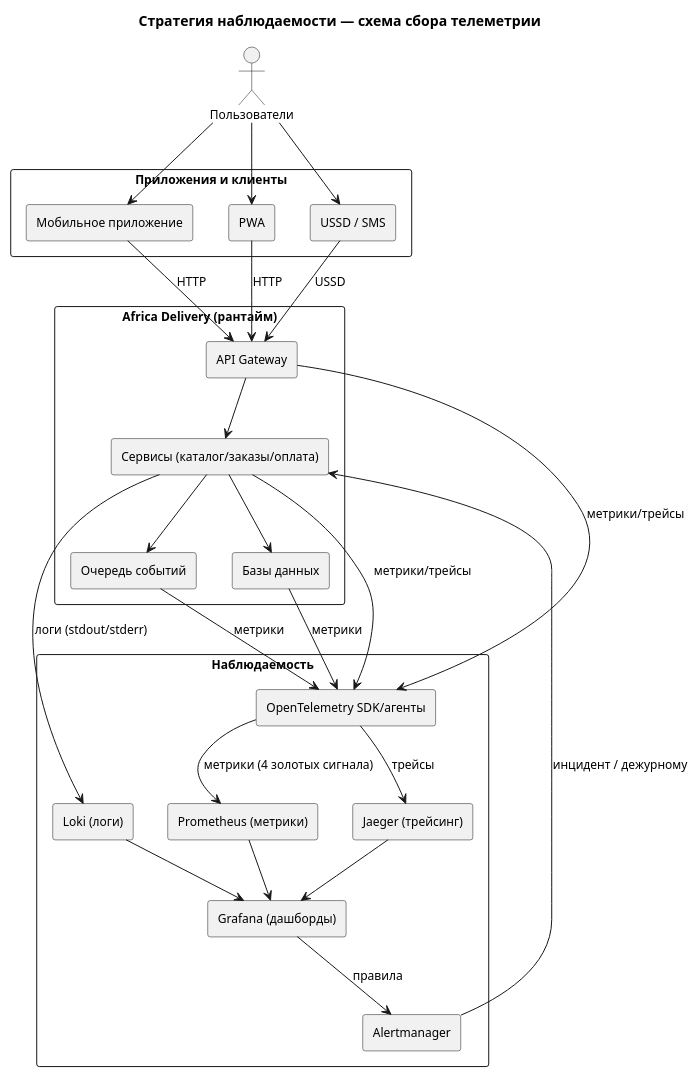
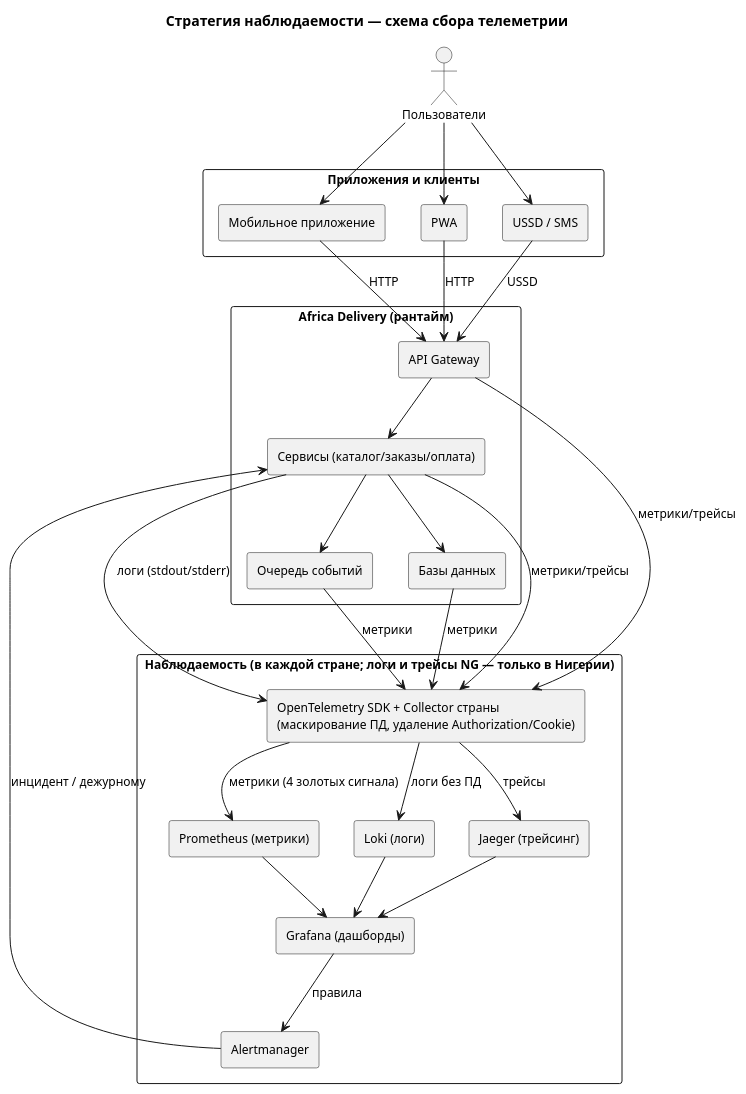
One commit to Zemond/Africa_Delivery changed the diagram in Task3/observability.puml. Above: the diagram before and after it, drawn with PlantUML. The commit also changed 23 other files, not shown here.

```diff
--- a/Task3/observability.puml
+++ b/Task3/observability.puml
@@ -1,53 +1,54 @@
 @startuml
 skinparam componentStyle rectangle
 skinparam defaultFontSize 12
 skinparam backgroundColor #FFFFFF
 title Стратегия наблюдаемости — схема сбора телеметрии
 
 actor "Пользователи" as Users
 
 rectangle "Приложения и клиенты" as Clients {
   component "Мобильное приложение" as App
   component "PWA" as PWA
   component "USSD / SMS" as USSD
 }
 
 rectangle "Africa Delivery (рантайм)" as Runtime {
   component "API Gateway" as GW
   component "Сервисы (каталог/заказы/оплата)" as SVC
   component "Очередь событий" as MQ
   component "Базы данных" as DB
 }
 
-rectangle "Наблюдаемость" as Obs {
-  component "OpenTelemetry SDK/агенты" as OTel
+rectangle "Наблюдаемость (в каждой стране; логи и трейсы NG — только в Нигерии)" as Obs {
+  component "OpenTelemetry SDK + Collector страны\n(маскирование ПД, удаление Authorization/Cookie)" as OTel
   component "Prometheus (метрики)" as Prom
   component "Loki (логи)" as Loki
   component "Jaeger (трейсинг)" as Jaeger
   component "Grafana (дашборды)" as Grafana
   component "Alertmanager" as Alert
 }
 
 Users --> App
 Users --> PWA
 Users --> USSD
 App --> GW : HTTP
 PWA --> GW : HTTP
 USSD --> GW : USSD
 GW --> SVC
 SVC --> MQ
 SVC --> DB
 
 SVC --> OTel : метрики/трейсы
 GW --> OTel : метрики/трейсы
 MQ --> OTel : метрики
 DB --> OTel : метрики
 OTel --> Prom : метрики (4 золотых сигнала)
 OTel --> Jaeger : трейсы
-SVC --> Loki : логи (stdout/stderr)
+SVC --> OTel : логи (stdout/stderr)
+OTel --> Loki : логи без ПД
 Loki --> Grafana
 Prom --> Grafana
 Jaeger --> Grafana
 Grafana --> Alert : правила
 Alert --> SVC : инцидент / дежурному
 @enduml
```
